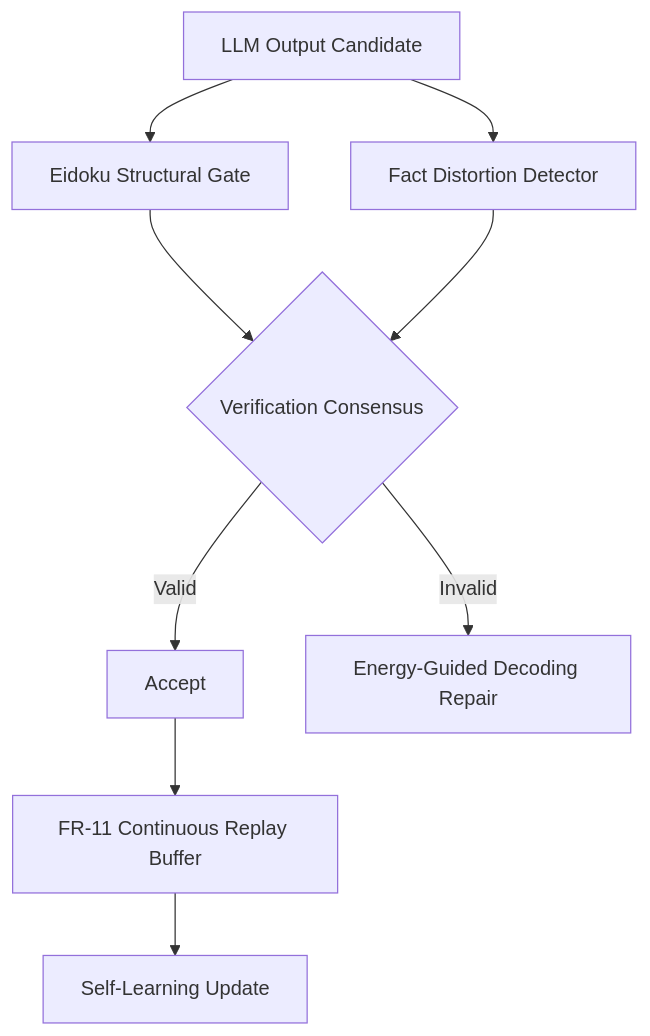
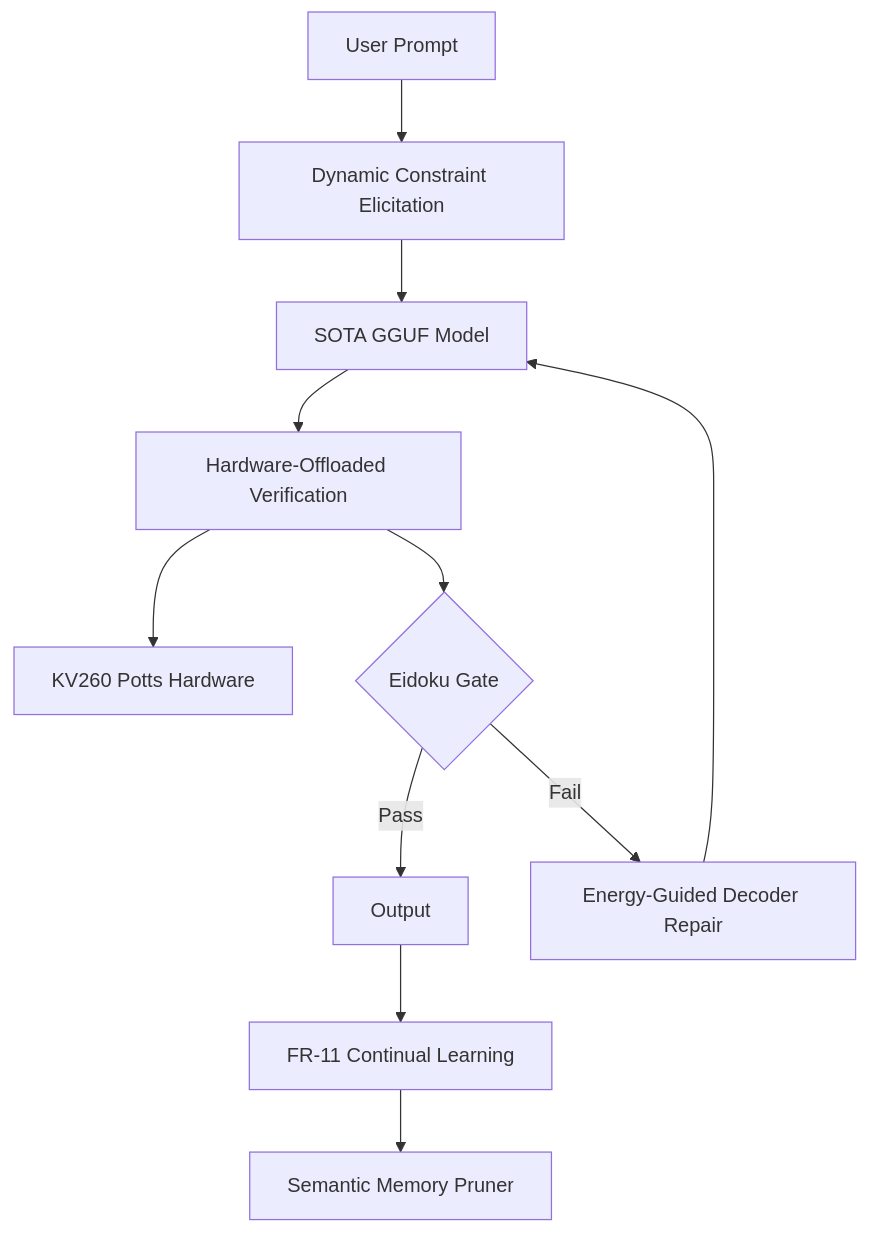
One commit to Carnot-EBM/carnot-ebm changed the diagram in openspec/change-proposals/research-roadmap-vNEXT.md. Above: the diagram before and after it, drawn with Mermaid. The commit also changed other lines of this file and 2 other files, not shown here.

````diff
--- a/openspec/change-proposals/research-roadmap-vNEXT.md
+++ b/openspec/change-proposals/research-roadmap-vNEXT.md
@@ -15,12 +17,13 @@
 ```mermaid
-graph TD;
-    A[LLM Output Candidate] --> B[Eidoku Structural Gate];
-    A --> C[Fact Distortion Detector];
-    B --> D{Verification Consensus};
-    C --> D;
-    D -- Valid --> E[Accept];
-    D -- Invalid --> F[Energy-Guided Decoding Repair];
-    
-    E --> G[FR-11 Continuous Replay Buffer];
-    G --> H[Self-Learning Update];
+graph TD
+    A[User Prompt] --> B[Dynamic Constraint Elicitation]
+    B --> C[SOTA GGUF Model]
+    C --> D[Hardware-Offloaded Verification]
+    D --> E[KV260 Potts Hardware]
+    D --> F{Eidoku Gate}
+    F -->|Pass| G[Output]
+    F -->|Fail| H[Energy-Guided Decoder Repair]
+    H --> C
+    G --> I[FR-11 Continual Learning]
+    I --> J[Semantic Memory Pruner]
 ```
````
